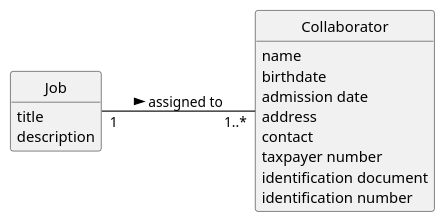
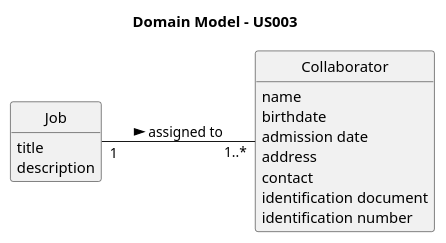
One commit to RicardoMorim/lapr2-ISEP-Project changed the diagram in docs/sprintA/us003/02.analysis/puml/us003-domain-model.puml. Above: the diagram before and after it, drawn with PlantUML. The commit also changed 3 other files, not shown here.

```diff
--- a/docs/sprintA/us003/02.analysis/puml/us003-domain-model.puml
+++ b/docs/sprintA/us003/02.analysis/puml/us003-domain-model.puml
@@ -1,37 +1,36 @@
 @startuml
 skinparam monochrome true
 skinparam packageStyle rectangle
 skinparam shadowing false
 
 left to right direction
 
 skinparam classAttributeIconSize 0
 
 hide circle
 hide methods
 
-'title Domain Model
+title Domain Model - US003
 
 class Job {
     title
     description
 }
 
 class Collaborator {
     name
     birthdate
     admission date
     address
     contact
-    taxpayer number
     identification document
     identification number
 
 }
 
 'Relationships
 Job "1" -- "1..*" Collaborator : assigned to >
 
 }
 
 @enduml
```
